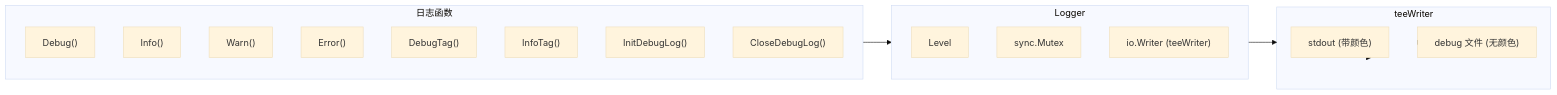
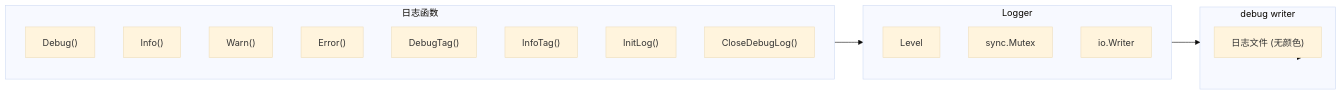
The diagram in doc/logger.md (Ozqi/5hAgent), drawn with Mermaid (base theme) before and after one commit. The commit also changed other lines of this file and 12 other files, not shown here.

````diff
--- a/doc/logger.md
+++ b/doc/logger.md
@@ -5,29 +5,27 @@
 ```mermaid
 flowchart LR
     subgraph Logger["Logger"]
         level["Level"]
         mu["sync.Mutex"]
-        output["io.Writer (teeWriter)"]
+        output["io.Writer"]
     end
 
-    subgraph teeWriter["teeWriter"]
-        w1["stdout (带颜色)"]
-        w2["debug 文件 (无颜色)"]
+    subgraph DebugWriter["debug writer"]
+        file["日志文件 (无颜色)"]
     end
 
     subgraph Functions["日志函数"]
         debug["Debug()"]
         info["Info()"]
         warn["Warn()"]
         error["Error()"]
         debugtag["DebugTag()"]
         infotag["InfoTag()"]
-        initdebug["InitDebugLog()"]
+        initlog["InitLog()"]
         closedebug["CloseDebugLog()"]
     end
 
     Functions --> Logger
-    Logger --> teeWriter
-    teeWriter --> w1
-    teeWriter --> w2
+    Logger --> DebugWriter
+    DebugWriter --> file
 ```
````
